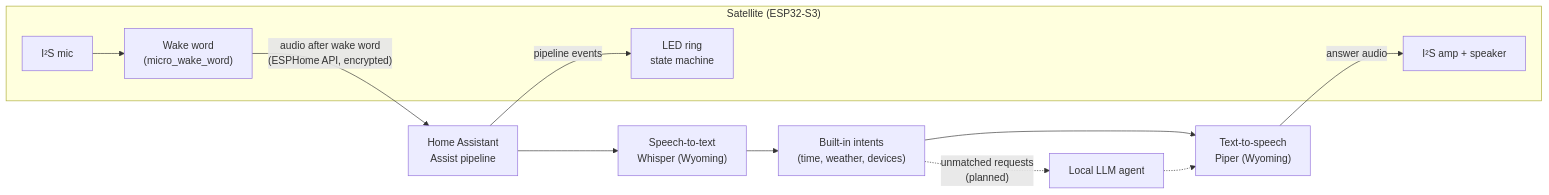
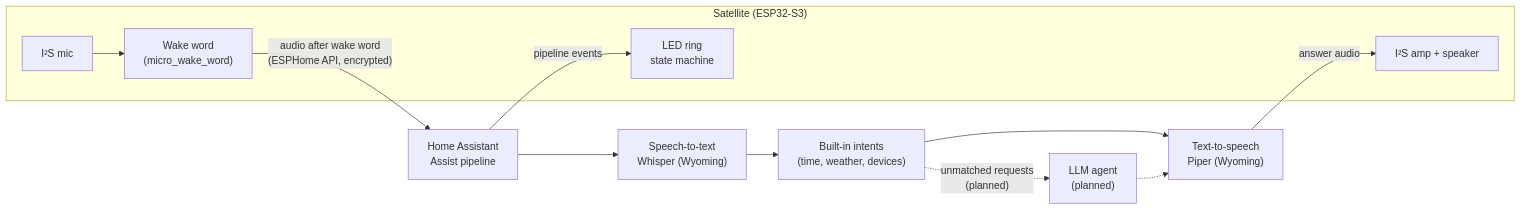
The diagram in README.md (daniel-bernet/local-voice-satellite), drawn with Mermaid before and after one commit. The commit also changed other lines of this file and 5 other files, not shown here.

First line of the commit message:
docs: drop "local" from the planned LLM stage and remove implied causes

````diff
--- a/README.md
+++ b/README.md
@@ -43,16 +43,16 @@
 ```mermaid
 flowchart LR
     subgraph SAT["Satellite (ESP32-S3)"]
         MIC["I²S mic"] --> WW["Wake word<br/>(micro_wake_word)"]
         LED["LED ring<br/>state machine"]
         SPK["I²S amp + speaker"]
     end
     WW -- "audio after wake word<br/>(ESPHome API, encrypted)" --> HA["Home Assistant<br/>Assist pipeline"]
     HA --> STT["Speech-to-text<br/>Whisper (Wyoming)"]
     STT --> INT["Built-in intents<br/>(time, weather, devices)"]
-    INT -. "unmatched requests<br/>(planned)" .-> LLM["Local LLM agent"]
+    INT -. "unmatched requests<br/>(planned)" .-> LLM["LLM agent<br/>(planned)"]
     INT --> TTS["Text-to-speech<br/>Piper (Wyoming)"]
     LLM -.-> TTS
     TTS -- "answer audio" --> SPK
     HA -- "pipeline events" --> LED
 ```
````
